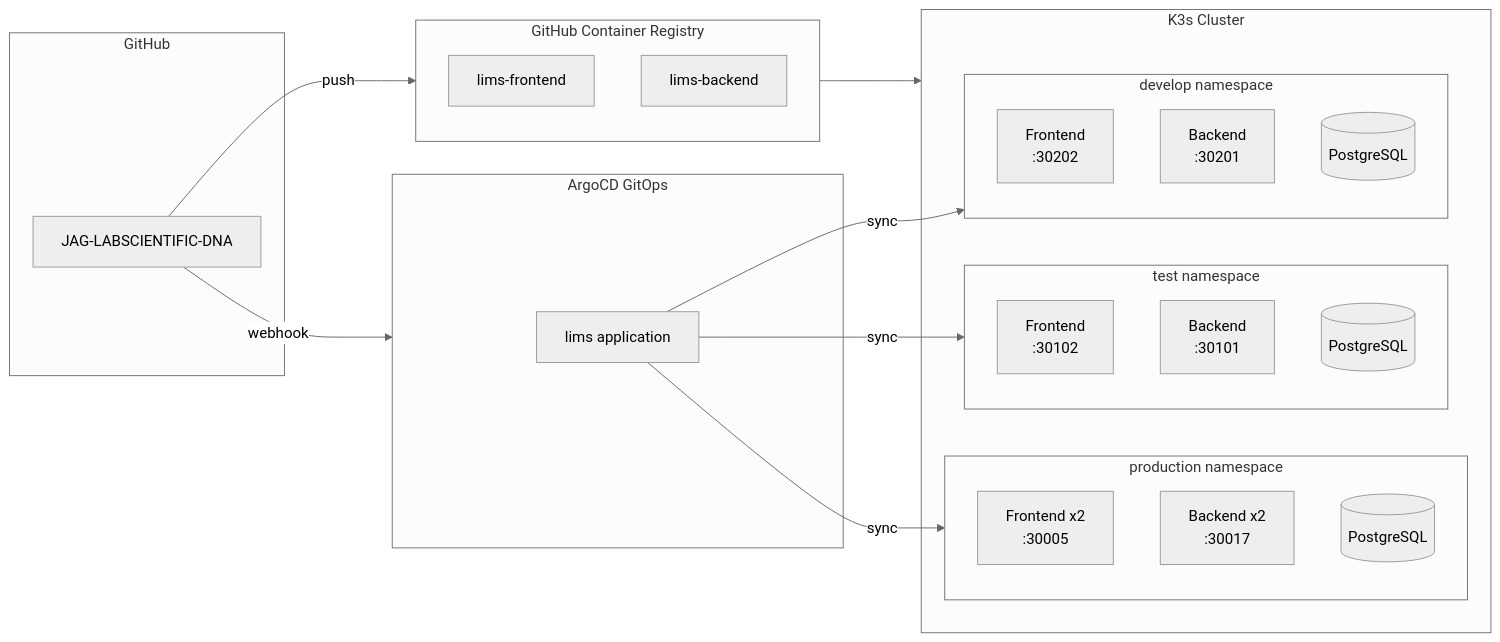
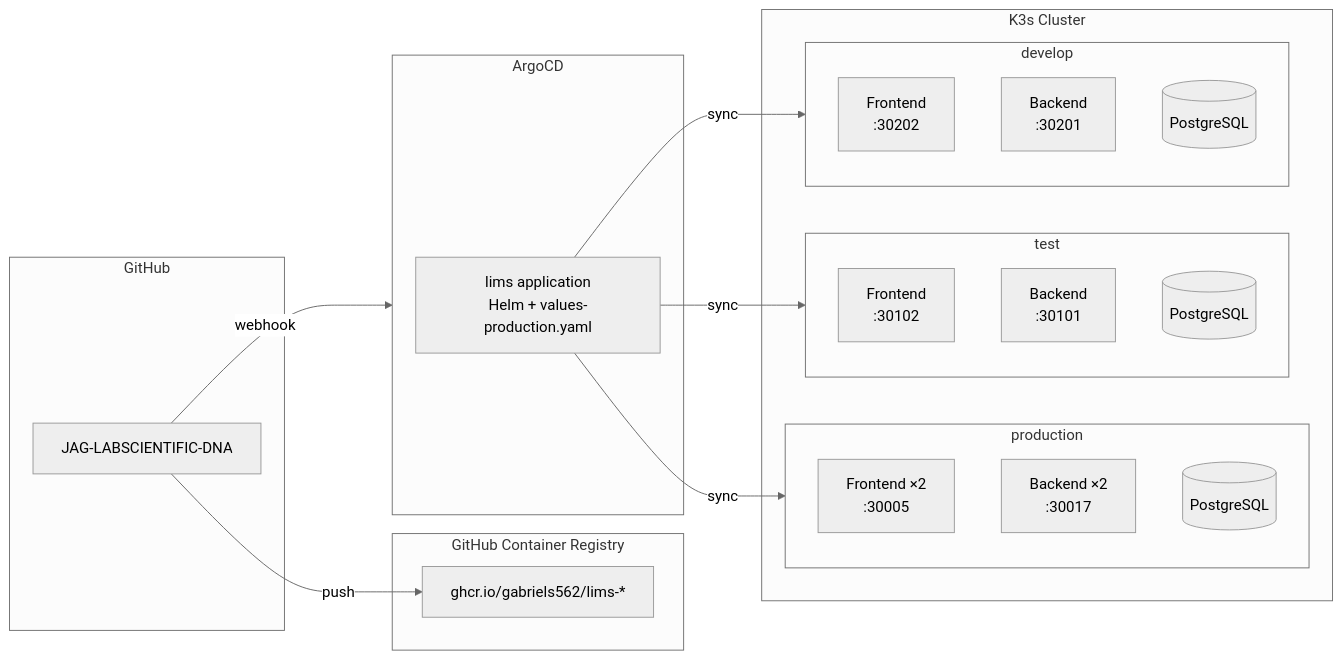
Before and after one commit to GABRIELS562/Architecture-: the second of 7 diagrams in README.md, drawn with Mermaid (neutral theme). The commit also changed other lines of this file, not shown here.

First line of the commit message:
Complete architecture rewrite with verified data

````diff
--- a/README.md
+++ b/README.md
@@ -105,38 +101,36 @@
 ```mermaid
 flowchart LR
-    subgraph GitHub["GitHub"]
+    subgraph GH["GitHub"]
         REPO["JAG-LABSCIENTIFIC-DNA"]
     end
 
     subgraph GHCR["GitHub Container Registry"]
-        IMG_FE["lims-frontend"]
-        IMG_BE["lims-backend"]
+        IMG["ghcr.io/gabriels562/lims-*"]
     end
 
-    subgraph ArgoCD["ArgoCD GitOps"]
-        APP["lims application"]
+    subgraph ARGO["ArgoCD"]
+        APP["lims application<br/>Helm + values-production.yaml"]
     end
 
     subgraph K3s["K3s Cluster"]
-        subgraph prod["production namespace"]
-            FE_P["Frontend x2<br/>:30005"]
-            BE_P["Backend x2<br/>:30017"]
-            DB_P[("PostgreSQL")]
+        subgraph P["production"]
+            P_FE["Frontend ×2<br/>:30005"]
+            P_BE["Backend ×2<br/>:30017"]
+            P_DB[("PostgreSQL")]
         end
-        subgraph test["test namespace"]
-            FE_T["Frontend<br/>:30102"]
-            BE_T["Backend<br/>:30101"]
-            DB_T[("PostgreSQL")]
+        subgraph T["test"]
+            T_FE["Frontend<br/>:30102"]
+            T_BE["Backend<br/>:30101"]
+            T_DB[("PostgreSQL")]
         end
-        subgraph dev["develop namespace"]
-            FE_D["Frontend<br/>:30202"]
-            BE_D["Backend<br/>:30201"]
-            DB_D[("PostgreSQL")]
+        subgraph D["develop"]
+            D_FE["Frontend<br/>:30202"]
+            D_BE["Backend<br/>:30201"]
+            D_DB[("PostgreSQL")]
         end
     end
 
-    REPO -->|push| GHCR
-    REPO -->|webhook| ArgoCD
-    GHCR --> K3s
-    APP -->|sync| prod & test & dev
+    REPO -->|push| IMG
+    REPO -->|webhook| ARGO
+    APP -->|sync| P & T & D
 ```
````
